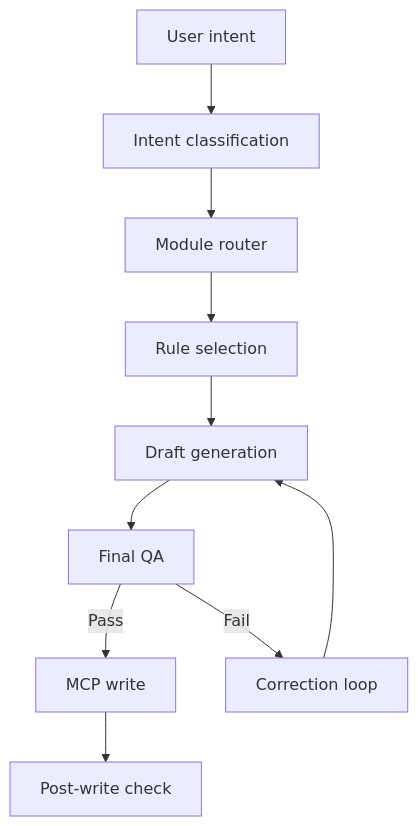
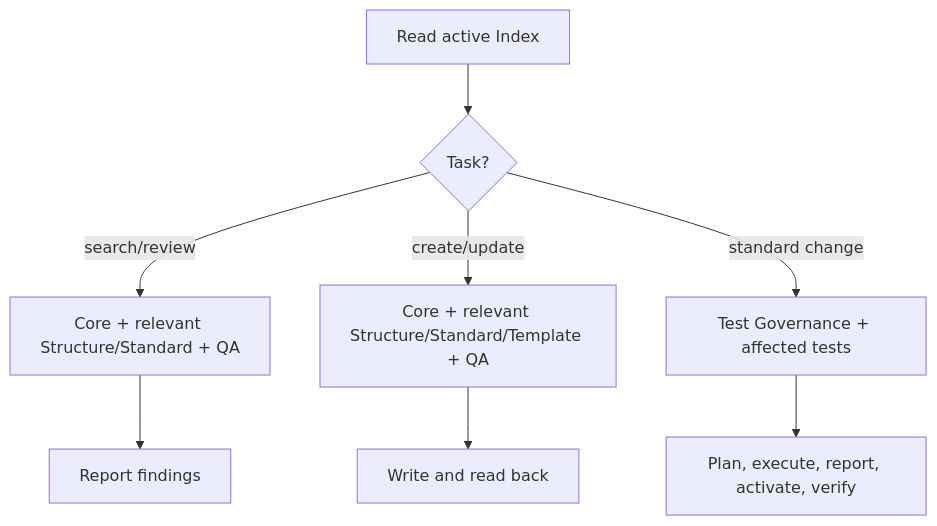
One commit to QLisa/mka-ai-agent-demo changed the first of 2 diagrams in docs/architecture.md. Above: the diagram before and after it, drawn with Mermaid. The commit also changed other lines of this file and 7 other files, not shown here.

````diff
--- a/docs/architecture.md
+++ b/docs/architecture.md
@@ -9,12 +18,10 @@
 ```mermaid
 flowchart TD
-    I["User intent"] --> C["Intent classification"]
-    C --> R["Module router"]
-    R --> L["Rule selection"]
-    L --> D["Draft generation"]
-    D --> Q["Final QA"]
-    Q -->|"Pass"| W["MCP write"]
-    Q -->|"Fail"| X["Correction loop"]
-    X --> D
-    W --> P["Post-write check"]
+    A["Read active Index"] --> B{"Task?"}
+    B -->|search/review| C["Core + relevant Structure/Standard + QA"]
+    B -->|create/update| D["Core + relevant Structure/Standard/Template + QA"]
+    B -->|standard change| E["Test Governance + affected tests"]
+    C --> F["Report findings"]
+    D --> G["Write and read back"]
+    E --> H["Plan, execute, report, activate, verify"]
 ```
````
